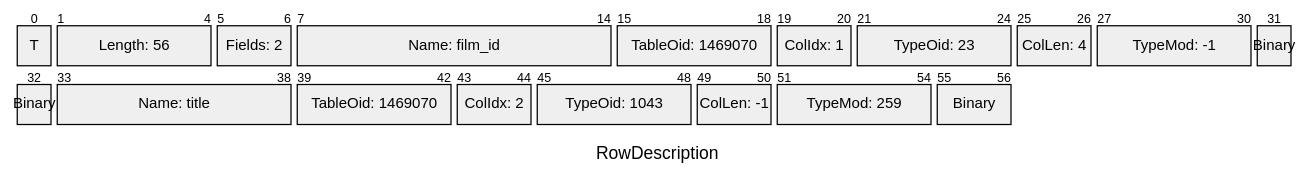
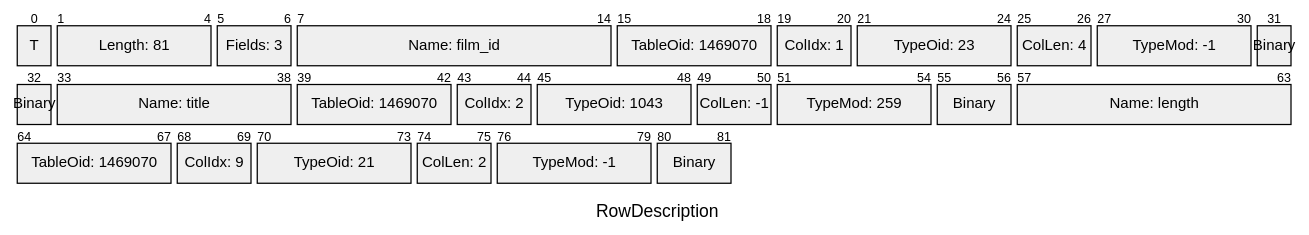
One commit to xfischer/pg_protoexport changed the eighth of 11 diagrams in docs/examples/exports/pagila-07-execute-with-maxrows-0-portalsuspended/capture.mermaid.pkt.md. Above: the diagram before and after it, drawn with Mermaid. The commit also changed other lines of this file and 135 other files, not shown here.

````diff
--- a/docs/examples/exports/pagila-07-execute-with-maxrows-0-portalsuspended/capture.mermaid.pkt.md
+++ b/docs/examples/exports/pagila-07-execute-with-maxrows-0-portalsuspended/capture.mermaid.pkt.md
@@ -104,26 +112,33 @@
 ```mermaid
 ---
 title: "RowDescription"
 config:
   packet:
     bitsPerRow: 32
 ---
 packet
     +1: "T"
-    +4: "Length: 56"
-    +2: "Fields: 2"
+    +4: "Length: 81"
+    +2: "Fields: 3"
     +8: "Name: film_id"
     +4: "TableOid: 1469070"
     +2: "ColIdx: 1"
     +4: "TypeOid: 23"
     +2: "ColLen: 4"
     +4: "TypeMod: -1"
     +2: "Binary"
     +6: "Name: title"
     +4: "TableOid: 1469070"
     +2: "ColIdx: 2"
     +4: "TypeOid: 1043"
     +2: "ColLen: -1"
     +4: "TypeMod: 259"
     +2: "Binary"
+    +7: "Name: length"
+    +4: "TableOid: 1469070"
+    +2: "ColIdx: 9"
+    +4: "TypeOid: 21"
+    +2: "ColLen: 2"
+    +4: "TypeMod: -1"
+    +2: "Binary"
 ```
````
